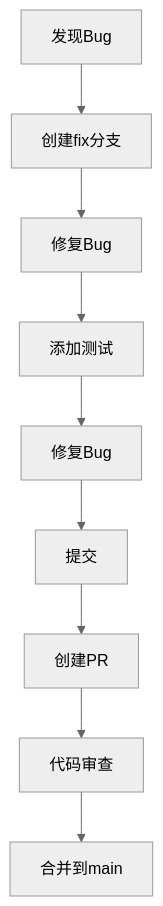
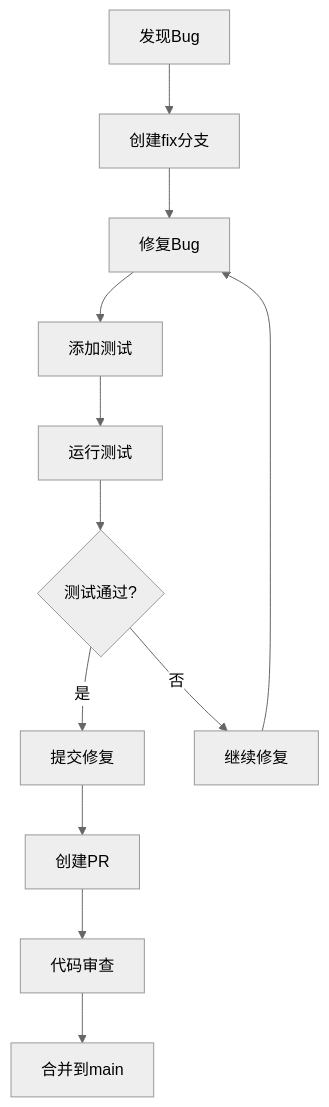
One commit to haorenlei457/claudecode-book changed the second of 3 diagrams in 10-git-integration.md. Above: the diagram before and after it, drawn with Mermaid (neutral theme). The commit also changed other lines of this file and 1 other file, not shown here.

````diff
--- a/10-git-integration.md
+++ b/10-git-integration.md
@@ -82,11 +106,14 @@
 ```mermaid
 graph TD
     A[发现Bug] --> B[创建fix分支]
     B --> C[修复Bug]
     C --> D[添加测试]
-    D --> E[修复Bug]
-    E --> F[提交]
-    F --> G[创建PR]
-    G --> H[代码审查]
-    H --> I[合并到main]
+    D --> E[运行测试]
+    E --> F{测试通过?}
+    F -->|是| G[提交修复]
+    F -->|否| H[继续修复]
+    H --> C
+    G --> I[创建PR]
+    I --> J[代码审查]
+    J --> K[合并到main]
 ```
````
